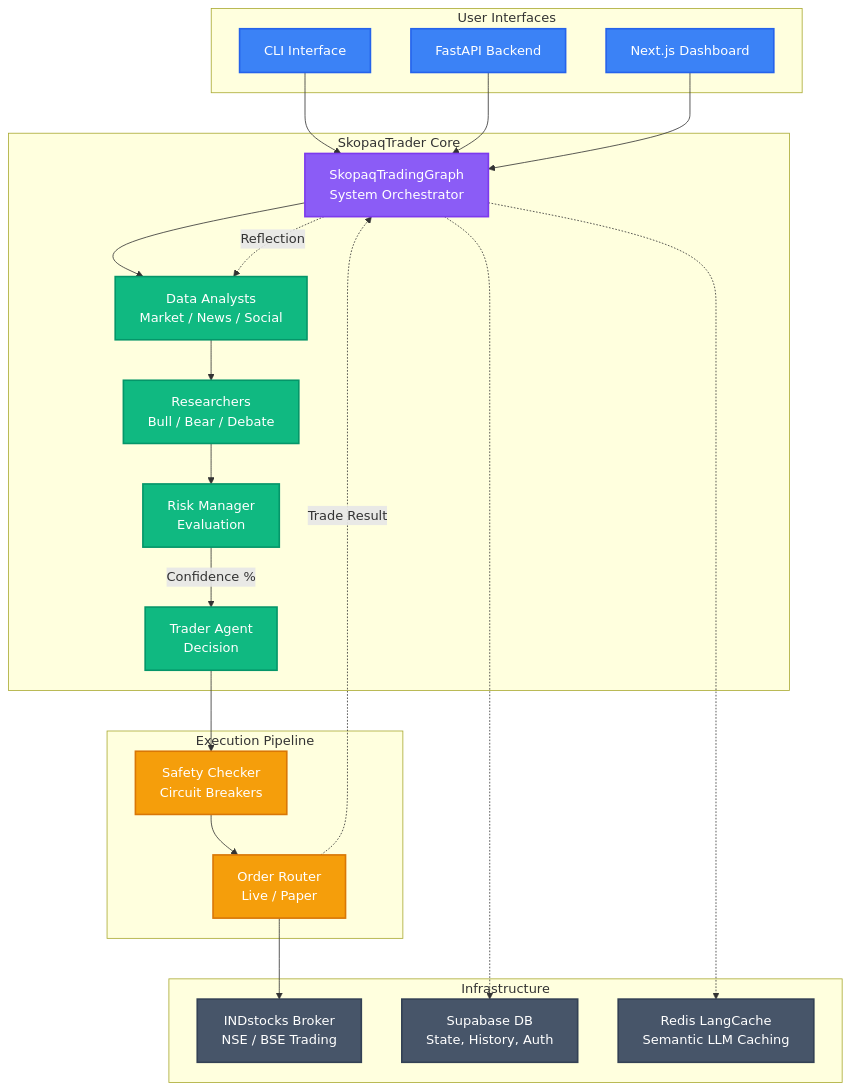
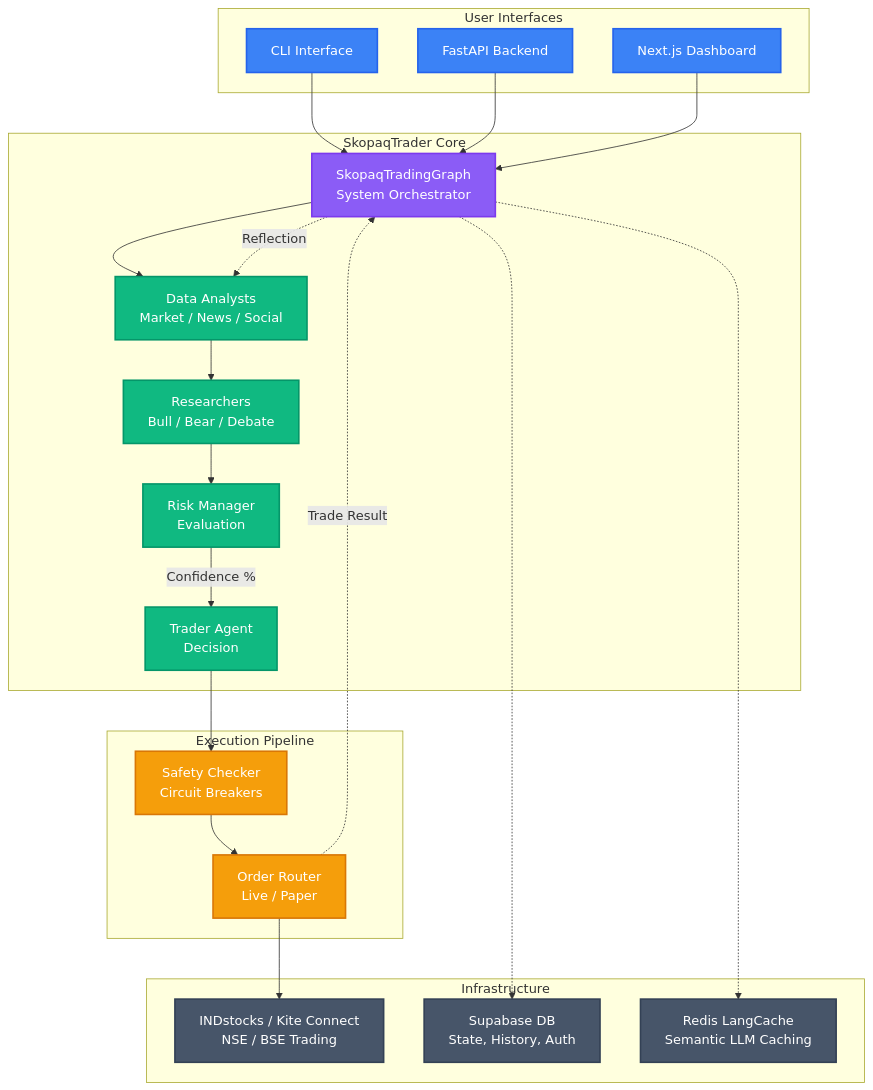
One commit to samuelvinay91/skopaqtrader changed the first of 4 diagrams in README.md. Above: the diagram before and after it, drawn with Mermaid. The commit also changed other lines of this file and 1 other file, not shown here.

First line of the commit message:
docs: update README and CLAUDE.md for Kite Connect and MarketDataProvider

````diff
--- a/README.md
+++ b/README.md
@@ -62,48 +63,48 @@
 ```mermaid
 graph TD
     classDef interface fill:#3b82f6,stroke:#2563eb,stroke-width:2px,color:#fff
     classDef core fill:#8b5cf6,stroke:#7c3aed,stroke-width:2px,color:#fff
     classDef agent fill:#10b981,stroke:#059669,stroke-width:2px,color:#fff
     classDef execution fill:#f59e0b,stroke:#d97706,stroke-width:2px,color:#fff
     classDef external fill:#475569,stroke:#334155,stroke-width:2px,color:#fff
 
     subgraph UI["User Interfaces"]
         CLI["CLI Interface"]:::interface
         API["FastAPI Backend"]:::interface
         Dashboard["Next.js Dashboard"]:::interface
     end
 
     subgraph CoreSystem["SkopaqTrader Core"]
         Orchestrator["SkopaqTradingGraph<br/>System Orchestrator"]:::core
         DataAgents["Data Analysts<br/>Market / News / Social"]:::agent
         ResearchAgents["Researchers<br/>Bull / Bear / Debate"]:::agent
         RiskAgent["Risk Manager<br/>Evaluation"]:::agent
         TraderAgent["Trader Agent<br/>Decision"]:::agent
     end
 
     subgraph Exec["Execution Pipeline"]
         Safety["Safety Checker<br/>Circuit Breakers"]:::execution
         Router["Order Router<br/>Live / Paper"]:::execution
     end
 
     subgraph Infra["Infrastructure"]
-        INDstocks["INDstocks Broker<br/>NSE / BSE Trading"]:::external
+        Broker["INDstocks / Kite Connect<br/>NSE / BSE Trading"]:::external
         Supabase["Supabase DB<br/>State, History, Auth"]:::external
         Redis["Redis LangCache<br/>Semantic LLM Caching"]:::external
     end
 
     CLI --> Orchestrator
     API --> Orchestrator
     Dashboard --> Orchestrator
     Orchestrator --> DataAgents
     DataAgents --> ResearchAgents
     ResearchAgents --> RiskAgent
     RiskAgent -- "Confidence %" --> TraderAgent
     TraderAgent --> Safety
     Safety --> Router
-    Router --> INDstocks
+    Router --> Broker
     Orchestrator -.-> Supabase
     Orchestrator -.-> Redis
     Router -. "Trade Result" .-> Orchestrator
     Orchestrator -. "Reflection" .-> DataAgents
 ```
````
